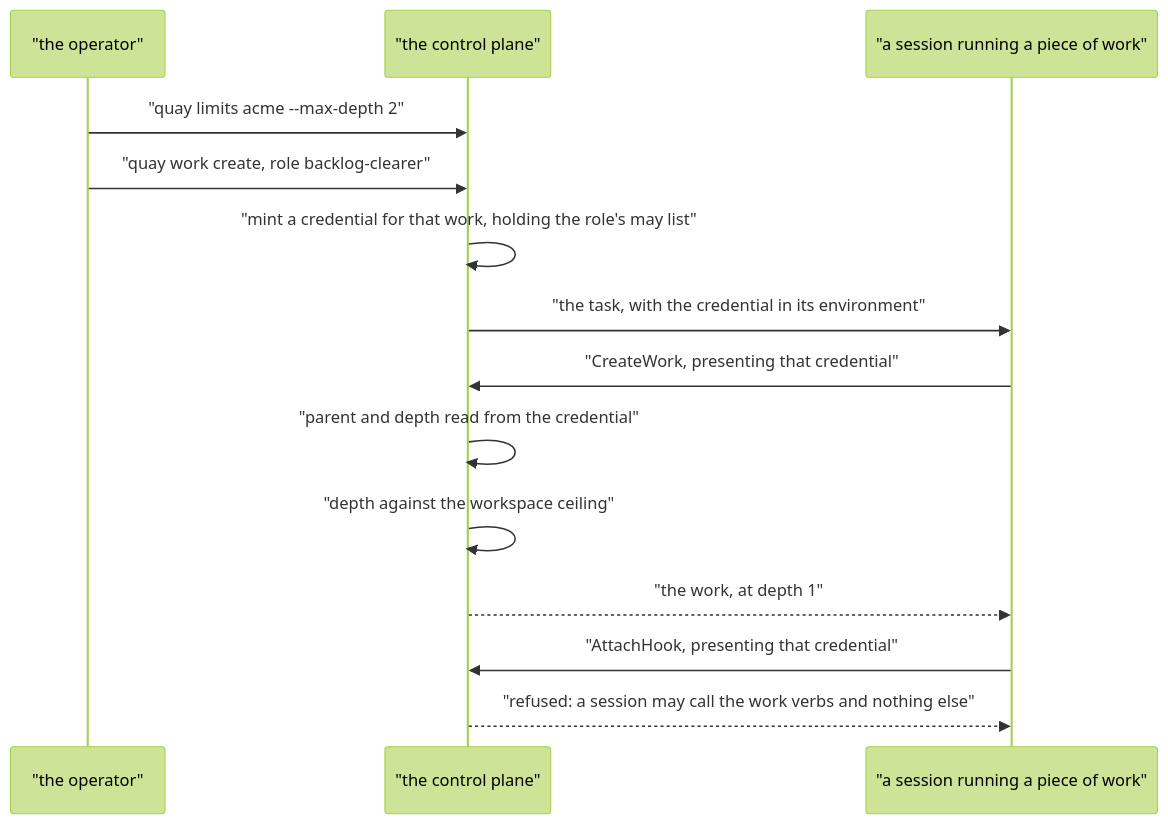
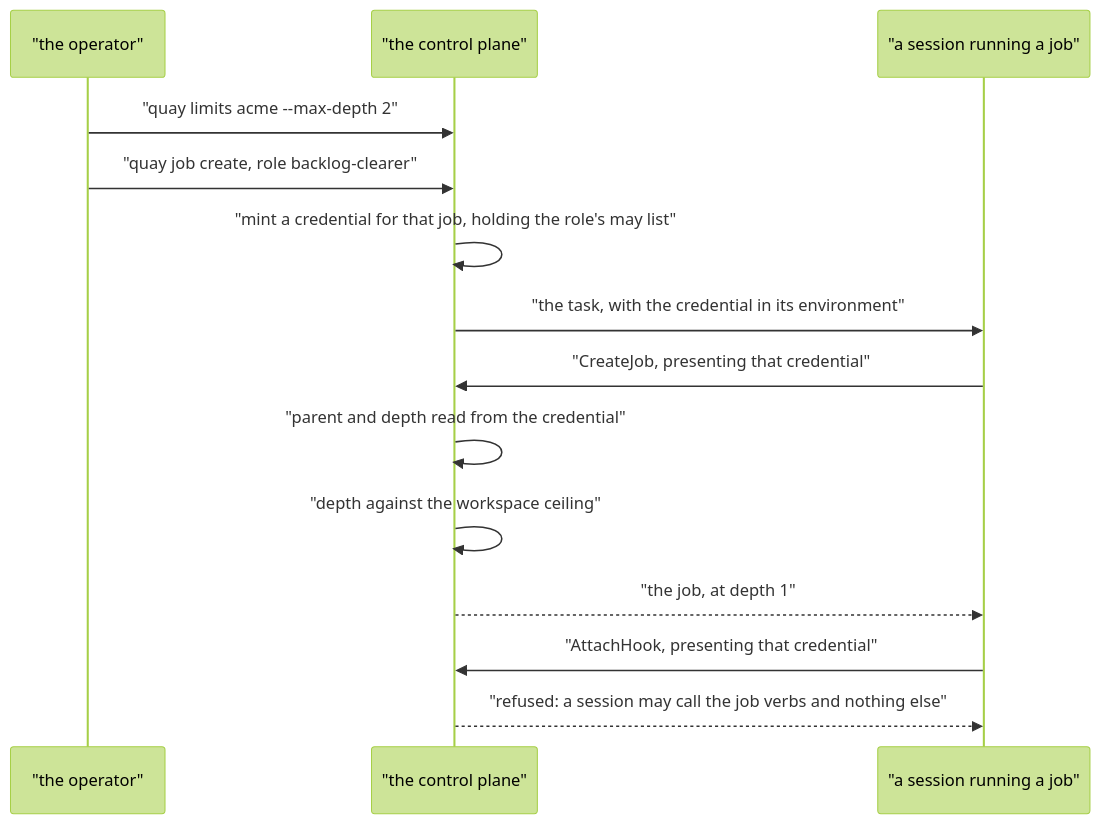
One commit to atlantic-blue/quay-crew changed the seventh of 19 diagrams in docs/ORCHESTRATION.md. Above: the diagram before and after it, drawn with Mermaid (forest theme). The commit also changed other lines of this file and 222 other files, not shown here.

Commit message:
refactor: declared intent is a job, not work

````diff
--- a/docs/ORCHESTRATION.md
+++ b/docs/ORCHESTRATION.md
@@ -642,16 +642,16 @@
 ```mermaid
 sequenceDiagram
     participant OP as "the operator"
     participant CP as "the control plane"
-    participant SES as "a session running a piece of work"
+    participant SES as "a session running a job"
     OP->>CP: "quay limits acme --max-depth 2"
-    OP->>CP: "quay work create, role backlog-clearer"
-    CP->>CP: "mint a credential for that work, holding the role's may list"
+    OP->>CP: "quay job create, role backlog-clearer"
+    CP->>CP: "mint a credential for that job, holding the role's may list"
     CP->>SES: "the task, with the credential in its environment"
-    SES->>CP: "CreateWork, presenting that credential"
+    SES->>CP: "CreateJob, presenting that credential"
     CP->>CP: "parent and depth read from the credential"
     CP->>CP: "depth against the workspace ceiling"
-    CP-->>SES: "the work, at depth 1"
+    CP-->>SES: "the job, at depth 1"
     SES->>CP: "AttachHook, presenting that credential"
-    CP-->>SES: "refused: a session may call the work verbs and nothing else"
+    CP-->>SES: "refused: a session may call the job verbs and nothing else"
 ```
````
